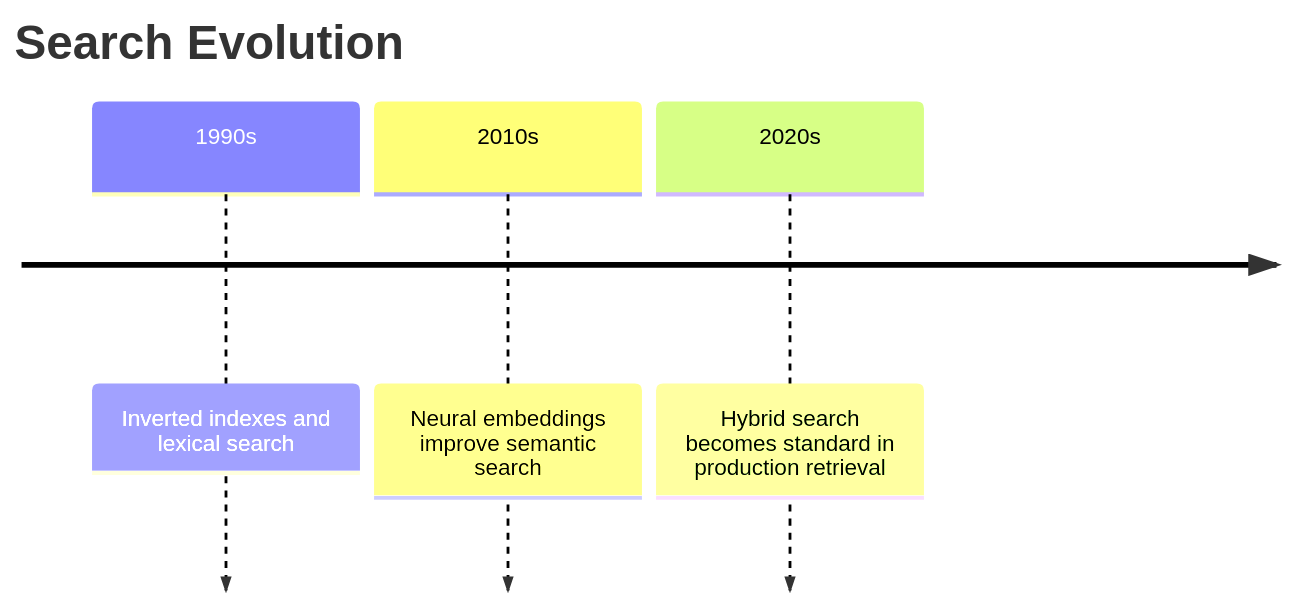
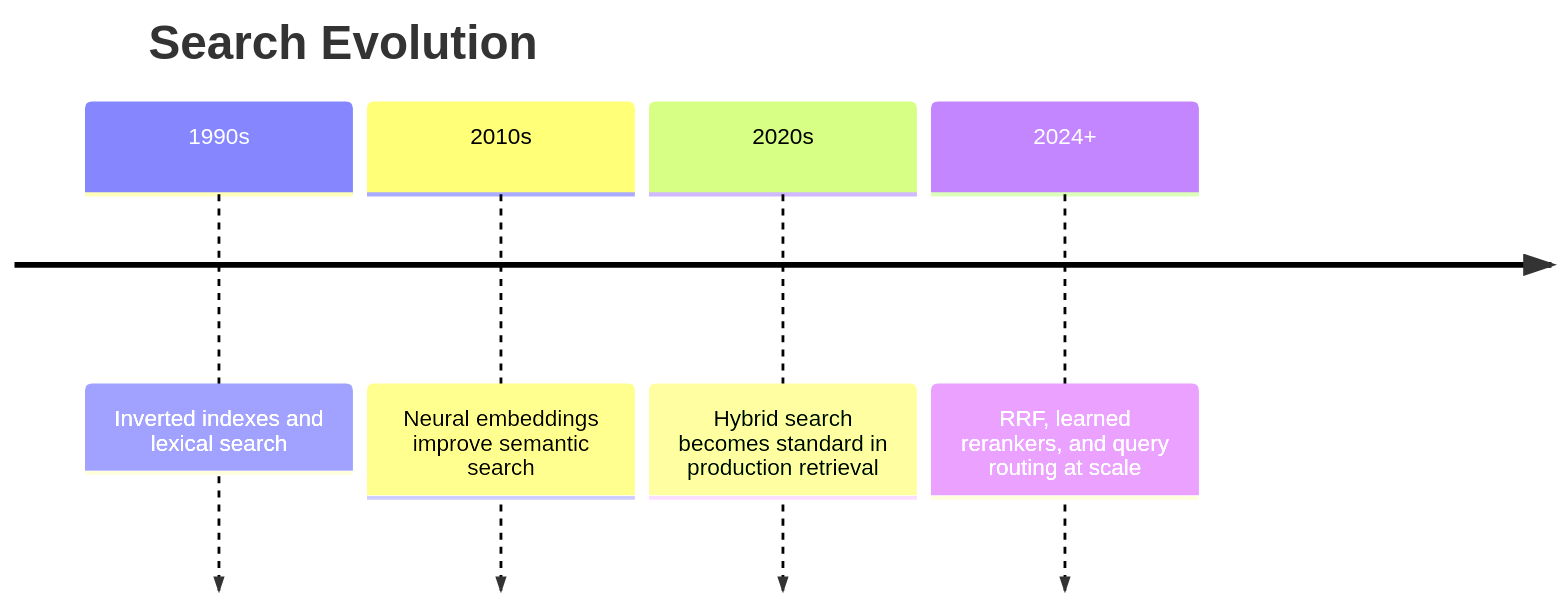
The second of 14 diagrams in day_18/day_18_hybrid_search.md (Asabeneh/30-Days-Of-AI-Engineering), drawn with Mermaid before and after one commit. The commit also changed other lines of this file and 49 other files, not shown here.

````diff
--- a/day_18/day_18_hybrid_search.md
+++ b/day_18/day_18_hybrid_search.md
@@ -90,7 +115,8 @@
 ```mermaid
 timeline
         title Search Evolution
         1990s : Inverted indexes and lexical search
         2010s : Neural embeddings improve semantic search
         2020s : Hybrid search becomes standard in production retrieval
+        2024+ : RRF, learned rerankers, and query routing at scale
 ```
````
